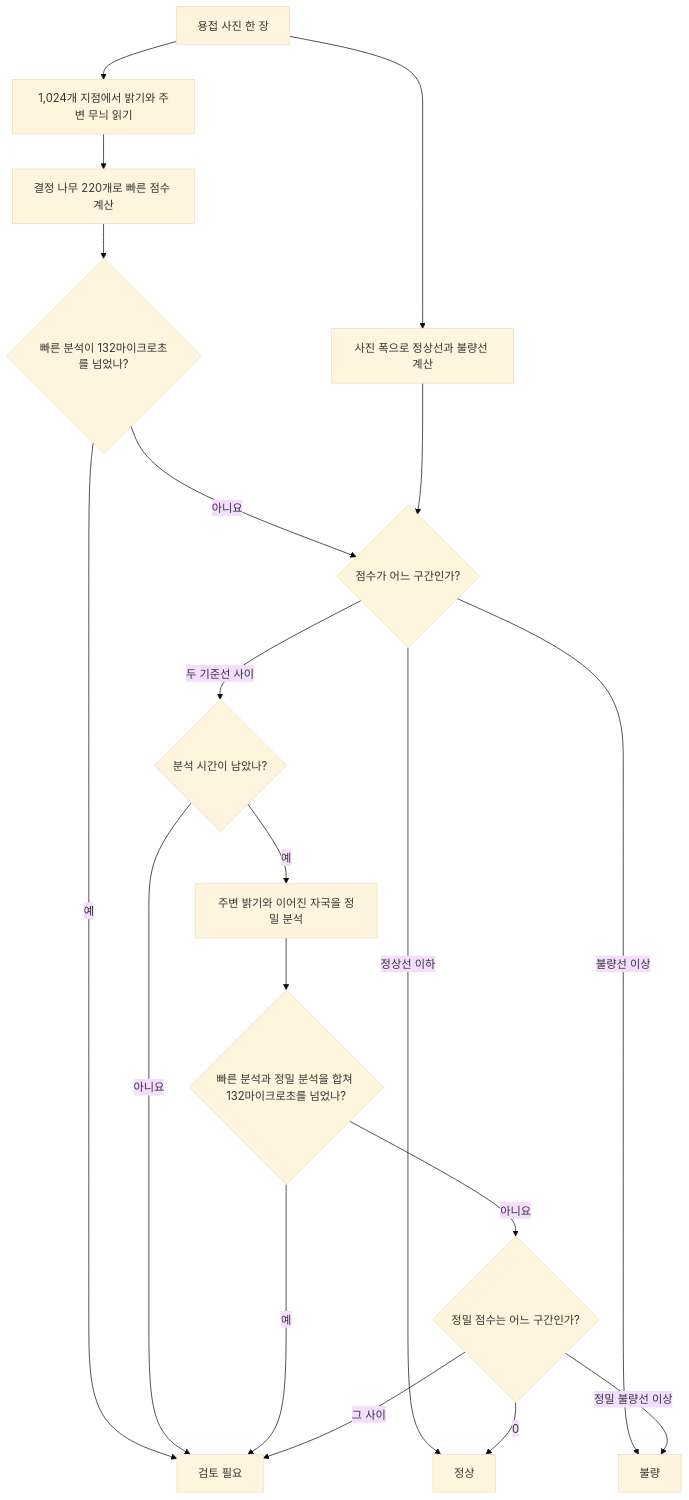
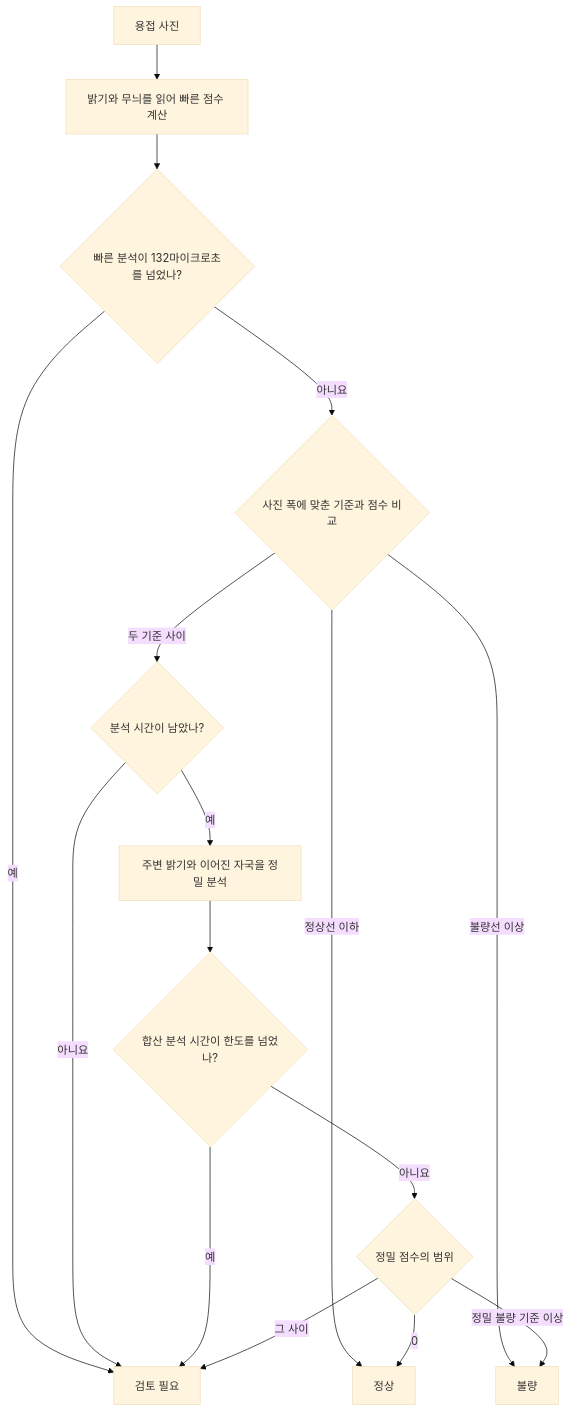
Before and after one commit to hsjni0110/weld-scope: the first of 2 diagrams in docs/portfolio/README.md, drawn with Mermaid (base theme). The commit also changed other lines of this file, not shown here.

````diff
--- a/docs/portfolio/README.md
+++ b/docs/portfolio/README.md
@@ -99,21 +80,18 @@
 ```mermaid
 flowchart TD
-    photo["용접 사진 한 장"] --> samples["1,024개 지점에서 밝기와 주변 무늬 읽기"]
-    samples --> trees["결정 나무 220개로 빠른 점수 계산"]
-    photo --> width["사진 폭으로 정상선과 불량선 계산"]
-    trees --> time{"빠른 분석이 132마이크로초를 넘었나?"}
+    image["용접 사진"] --> fast["밝기와 무늬를 읽어 빠른 점수 계산"]
+    fast --> time{"빠른 분석이 132마이크로초를 넘었나?"}
     time -->|예| review["검토 필요"]
-    time -->|아니요| score{"점수가 어느 구간인가?"}
-    width --> score
+    time -->|아니요| score{"사진 폭에 맞춘 기준과 점수 비교"}
     score -->|정상선 이하| pass["정상"]
     score -->|불량선 이상| fail["불량"]
-    score -->|두 기준선 사이| left{"분석 시간이 남았나?"}
-    left -->|아니요| review
-    left -->|예| precise["주변 밝기와 이어진 자국을 정밀 분석"]
-    precise --> total{"빠른 분석과 정밀 분석을 합쳐 132마이크로초를 넘었나?"}
+    score -->|두 기준 사이| remaining{"분석 시간이 남았나?"}
+    remaining -->|아니요| review
+    remaining -->|예| precise["주변 밝기와 이어진 자국을 정밀 분석"]
+    precise --> total{"합산 분석 시간이 한도를 넘었나?"}
     total -->|예| review
-    total -->|아니요| decision{"정밀 점수는 어느 구간인가?"}
-    decision -->|0| pass
-    decision -->|정밀 불량선 이상| fail
-    decision -->|그 사이| review
+    total -->|아니요| preciseScore{"정밀 점수의 범위"}
+    preciseScore -->|0| pass
+    preciseScore -->|정밀 불량 기준 이상| fail
+    preciseScore -->|그 사이| review
 ```
````
